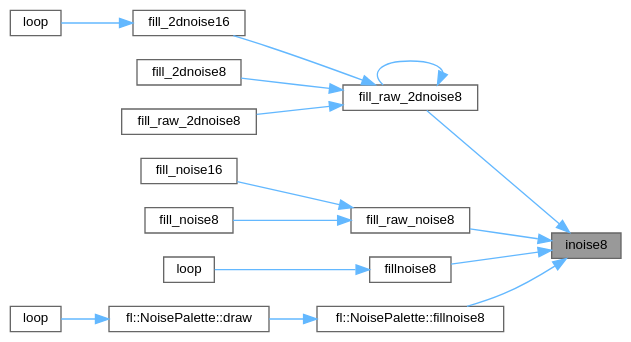
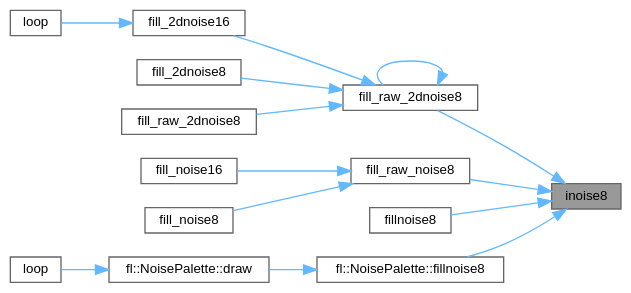
The diagram in docs/d8/df9/group___noise_generation_gaa521ccca6038d7b5e881fe2e8f35d3bc_icgraph.dot (manmuqingshan/FastLED), drawn with Graphviz before and after one commit. The commit also changed 1439 other files, not shown here.

```diff
--- a/docs/d8/df9/group___noise_generation_gaa521ccca6038d7b5e881fe2e8f35d3bc_icgraph.dot
+++ b/docs/d8/df9/group___noise_generation_gaa521ccca6038d7b5e881fe2e8f35d3bc_icgraph.dot
@@ -1,36 +1,34 @@
 digraph "inoise8"
 {
  // LATEX_PDF_SIZE
   bgcolor="transparent";
   edge [fontname=Helvetica,fontsize=10,labelfontname=Helvetica,labelfontsize=10];
   node [fontname=Helvetica,fontsize=10,shape=box,height=0.2,width=0.4];
   rankdir="RL";
   Node1 [id="Node000001",label="inoise8",height=0.2,width=0.4,color="gray40", fillcolor="grey60", style="filled", fontcolor="black",tooltip="8-Bit, fixed point implementation of Perlin's noise."];
   Node1 -> Node2 [id="edge1_Node000001_Node000002",dir="back",color="steelblue1",style="solid",tooltip=" "];
   Node2 [id="Node000002",label="fill_raw_2dnoise8",height=0.2,width=0.4,color="grey40", fillcolor="white", style="filled",URL="$de/da4/group___noise_fill.html#ga3dc6c55a3f8495a7bc6dc0124434c688",tooltip="Fill a 2D 8-bit buffer with noise, using inoise8()"];
   Node2 -> Node3 [id="edge2_Node000002_Node000003",dir="back",color="steelblue1",style="solid",tooltip=" "];
   Node3 [id="Node000003",label="fill_2dnoise16",height=0.2,width=0.4,color="grey40", fillcolor="white", style="filled",URL="$de/da4/group___noise_fill.html#ga714a0f305e385a60d81a40d1f98b53fc",tooltip="Fill an LED matrix with random colors, using 16-bit noise."];
   Node3 -> Node4 [id="edge3_Node000003_Node000004",dir="back",color="steelblue1",style="solid",tooltip=" "];
   Node4 [id="Node000004",label="loop",height=0.2,width=0.4,color="grey40", fillcolor="white", style="filled",URL="$d7/ddc/_noise_playground_8ino.html#afe461d27b9c48d5921c00d521181f12f",tooltip=" "];
   Node2 -> Node5 [id="edge4_Node000002_Node000005",dir="back",color="steelblue1",style="solid",tooltip=" "];
   Node5 [id="Node000005",label="fill_2dnoise8",height=0.2,width=0.4,color="grey40", fillcolor="white", style="filled",URL="$de/da4/group___noise_fill.html#ga6fcc17e60eac4b9dbb620f7e354177f1",tooltip="Fill an LED matrix with random colors, using 8-bit noise."];
   Node2 -> Node2 [id="edge5_Node000002_Node000002",dir="back",color="steelblue1",style="solid",tooltip=" "];
   Node2 -> Node6 [id="edge6_Node000002_Node000006",dir="back",color="steelblue1",style="solid",tooltip=" "];
   Node6 [id="Node000006",label="fill_raw_2dnoise8",height=0.2,width=0.4,color="grey40", fillcolor="white", style="filled",URL="$de/da4/group___noise_fill.html#gaaa7d79bb9fdaf2c6b315c61c2c951142",tooltip=" "];
   Node1 -> Node7 [id="edge7_Node000001_Node000007",dir="back",color="steelblue1",style="solid",tooltip=" "];
   Node7 [id="Node000007",label="fill_raw_noise8",height=0.2,width=0.4,color="grey40", fillcolor="white", style="filled",URL="$de/da4/group___noise_fill.html#ga1e4dba9289b03333697e70d4b7f3b006",tooltip="Fill a 1D 8-bit buffer with noise, using inoise8()"];
   Node7 -> Node8 [id="edge8_Node000007_Node000008",dir="back",color="steelblue1",style="solid",tooltip=" "];
   Node8 [id="Node000008",label="fill_noise16",height=0.2,width=0.4,color="grey40", fillcolor="white", style="filled",URL="$de/da4/group___noise_fill.html#ga8bf5ab0f87a6bb79204754ef2a62f960",tooltip="Fill an LED array with random colors, using 16-bit noise."];
   Node7 -> Node9 [id="edge9_Node000007_Node000009",dir="back",color="steelblue1",style="solid",tooltip=" "];
   Node9 [id="Node000009",label="fill_noise8",height=0.2,width=0.4,color="grey40", fillcolor="white", style="filled",URL="$de/da4/group___noise_fill.html#ga7967fd7b1a7230a0f7428347c70dac3e",tooltip="Fill an LED array with random colors, using 8-bit noise."];
   Node1 -> Node10 [id="edge10_Node000001_Node000010",dir="back",color="steelblue1",style="solid",tooltip=" "];
-  Node10 [id="Node000010",label="fillnoise8",height=0.2,width=0.4,color="grey40", fillcolor="white", style="filled",URL="$d6/d9d/_noise_8ino.html#a695b396822bbfb2d9b29c121cf13e8f3",tooltip=" "];
-  Node10 -> Node11 [id="edge11_Node000010_Node000011",dir="back",color="steelblue1",style="solid",tooltip=" "];
-  Node11 [id="Node000011",label="loop",height=0.2,width=0.4,color="grey40", fillcolor="white", style="filled",URL="$d6/d9d/_noise_8ino.html#afe461d27b9c48d5921c00d521181f12f",tooltip=" "];
-  Node1 -> Node12 [id="edge12_Node000001_Node000012",dir="back",color="steelblue1",style="solid",tooltip=" "];
-  Node12 [id="Node000012",label="fl::NoisePalette::fillnoise8",height=0.2,width=0.4,color="grey40", fillcolor="white", style="filled",URL="$d9/d41/classfl_1_1_noise_palette.html#a22d1820b5a78e9ccfb4123ef9161f738",tooltip=" "];
+  Node10 [id="Node000010",label="fillnoise8",height=0.2,width=0.4,color="grey40", fillcolor="white", style="filled",URL="$da/dda/_noise_plus_palette_8ino.html#a695b396822bbfb2d9b29c121cf13e8f3",tooltip=" "];
+  Node1 -> Node11 [id="edge11_Node000001_Node000011",dir="back",color="steelblue1",style="solid",tooltip=" "];
+  Node11 [id="Node000011",label="fl::NoisePalette::fillnoise8",height=0.2,width=0.4,color="grey40", fillcolor="white", style="filled",URL="$d9/d41/classfl_1_1_noise_palette.html#a22d1820b5a78e9ccfb4123ef9161f738",tooltip=" "];
+  Node11 -> Node12 [id="edge12_Node000011_Node000012",dir="back",color="steelblue1",style="solid",tooltip=" "];
+  Node12 [id="Node000012",label="fl::NoisePalette::draw",height=0.2,width=0.4,color="grey40", fillcolor="white", style="filled",URL="$d9/d41/classfl_1_1_noise_palette.html#afc6cd594830dfdd146c45e7ab1d1905d",tooltip=" "];
   Node12 -> Node13 [id="edge13_Node000012_Node000013",dir="back",color="steelblue1",style="solid",tooltip=" "];
-  Node13 [id="Node000013",label="fl::NoisePalette::draw",height=0.2,width=0.4,color="grey40", fillcolor="white", style="filled",URL="$d9/d41/classfl_1_1_noise_palette.html#afc6cd594830dfdd146c45e7ab1d1905d",tooltip=" "];
-  Node13 -> Node14 [id="edge14_Node000013_Node000014",dir="back",color="steelblue1",style="solid",tooltip=" "];
-  Node14 [id="Node000014",label="loop",height=0.2,width=0.4,color="grey40", fillcolor="white", style="filled",URL="$df/d43/_overclock_8ino.html#afe461d27b9c48d5921c00d521181f12f",tooltip=" "];
+  Node13 [id="Node000013",label="loop",height=0.2,width=0.4,color="grey40", fillcolor="white", style="filled",URL="$df/d43/_overclock_8ino.html#afe461d27b9c48d5921c00d521181f12f",tooltip=" "];
 }
```
